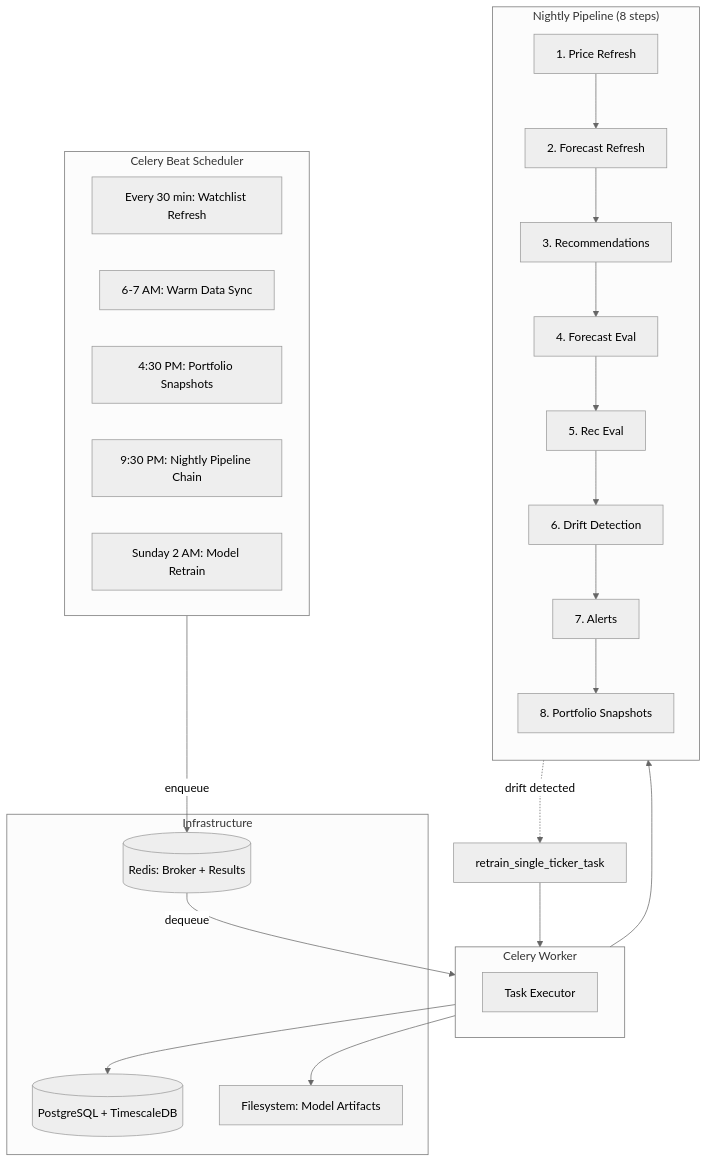
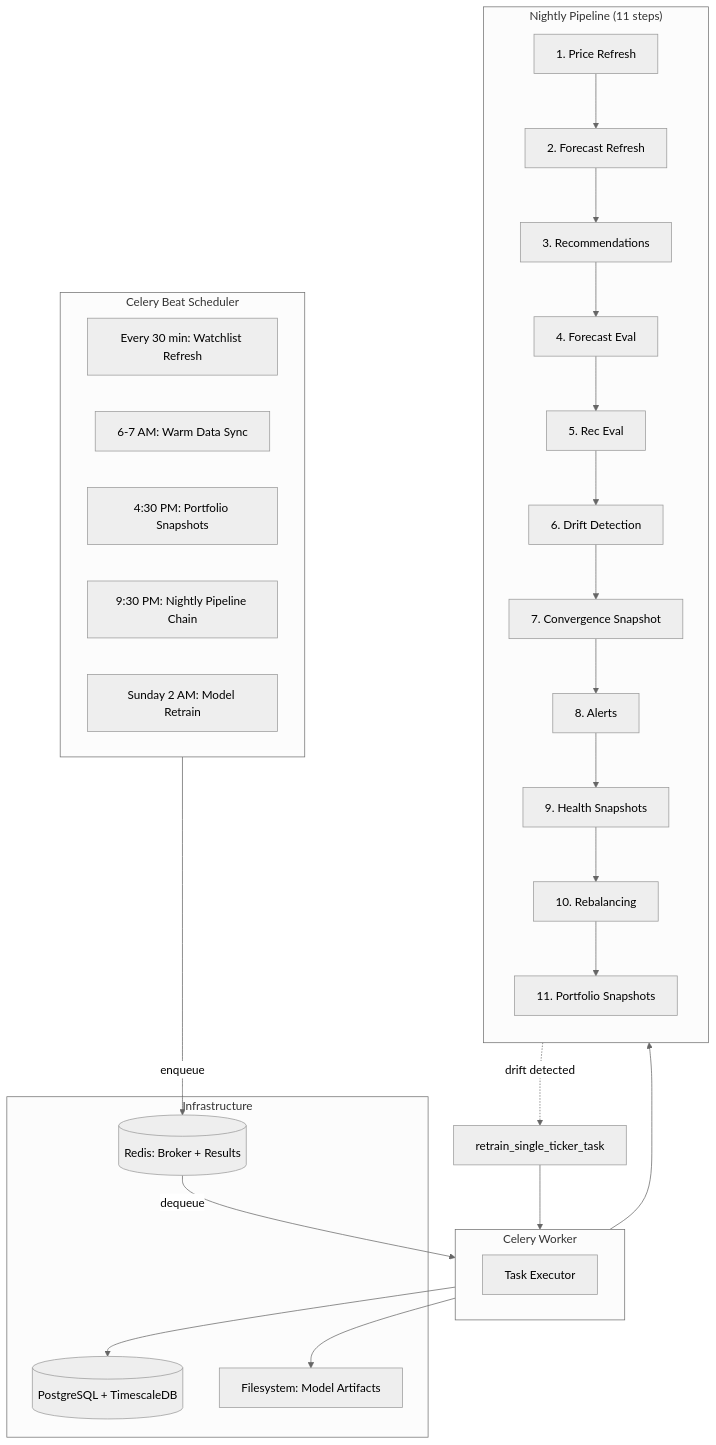
The fourth of 8 diagrams in docs/TDD.md (vipulbhatia29/stock-signal-platform), drawn with Mermaid (neutral theme) before and after one commit. The commit also changed other lines of this file, not shown here.

First line of the commit message:
docs: TDD architectural review — observability, admin, celery, OAuth, frontend

````diff
--- a/docs/TDD.md
+++ b/docs/TDD.md
@@ -1315,39 +1386,42 @@
 ```mermaid
 flowchart TB
     subgraph Beat["Celery Beat Scheduler"]
         B1["Every 30 min: Watchlist Refresh"]
         B2["6-7 AM: Warm Data Sync"]
         B3["4:30 PM: Portfolio Snapshots"]
         B4["9:30 PM: Nightly Pipeline Chain"]
         B5["Sunday 2 AM: Model Retrain"]
     end
 
     subgraph Worker["Celery Worker"]
         W["Task Executor"]
     end
 
-    subgraph Chain["Nightly Pipeline (8 steps)"]
+    subgraph Chain["Nightly Pipeline (11 steps)"]
         direction TB
         S1["1. Price Refresh"] --> S2["2. Forecast Refresh"]
         S2 --> S3["3. Recommendations"]
         S3 --> S4["4. Forecast Eval"]
         S4 --> S5["5. Rec Eval"]
         S5 --> S6["6. Drift Detection"]
-        S6 --> S7["7. Alerts"]
-        S7 --> S8["8. Portfolio Snapshots"]
+        S6 --> S7["7. Convergence Snapshot"]
+        S7 --> S8["8. Alerts"]
+        S8 --> S9["9. Health Snapshots"]
+        S9 --> S10["10. Rebalancing"]
+        S10 --> S11["11. Portfolio Snapshots"]
     end
 
     subgraph Infra["Infrastructure"]
         Redis[("Redis: Broker + Results")]
         PG[("PostgreSQL + TimescaleDB")]
         FS["Filesystem: Model Artifacts"]
     end
 
     Beat -->|enqueue| Redis
     Redis -->|dequeue| Worker
     Worker --> Chain
     Worker --> PG
     Worker --> FS
     S6 -.->|"drift detected"| RT["retrain_single_ticker_task"]
     RT --> Worker
 ```
````
